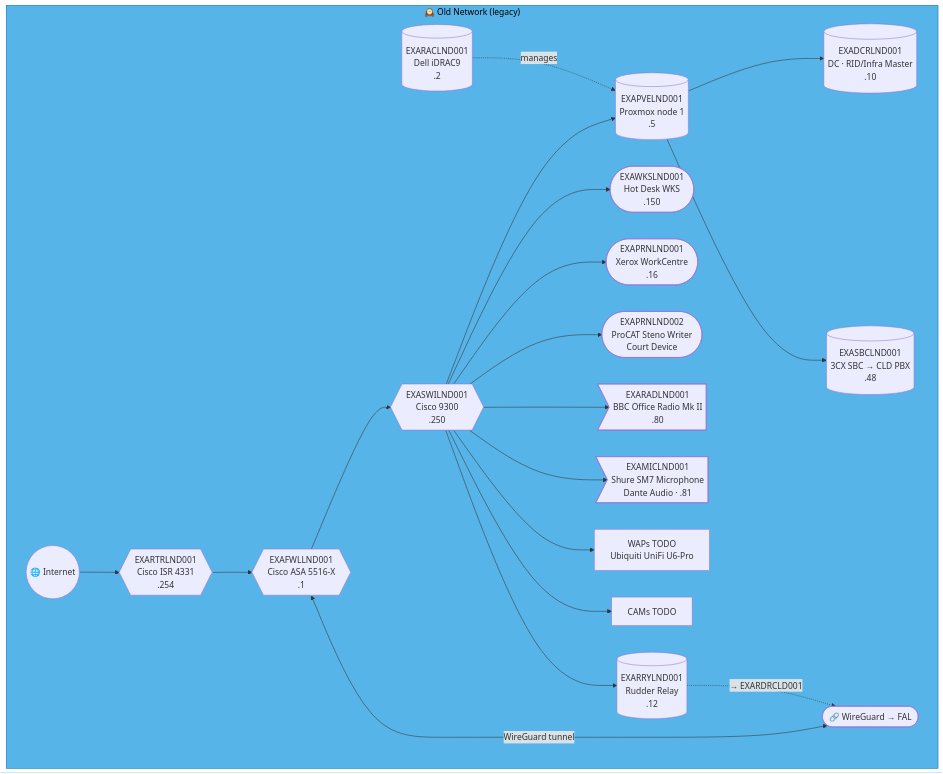
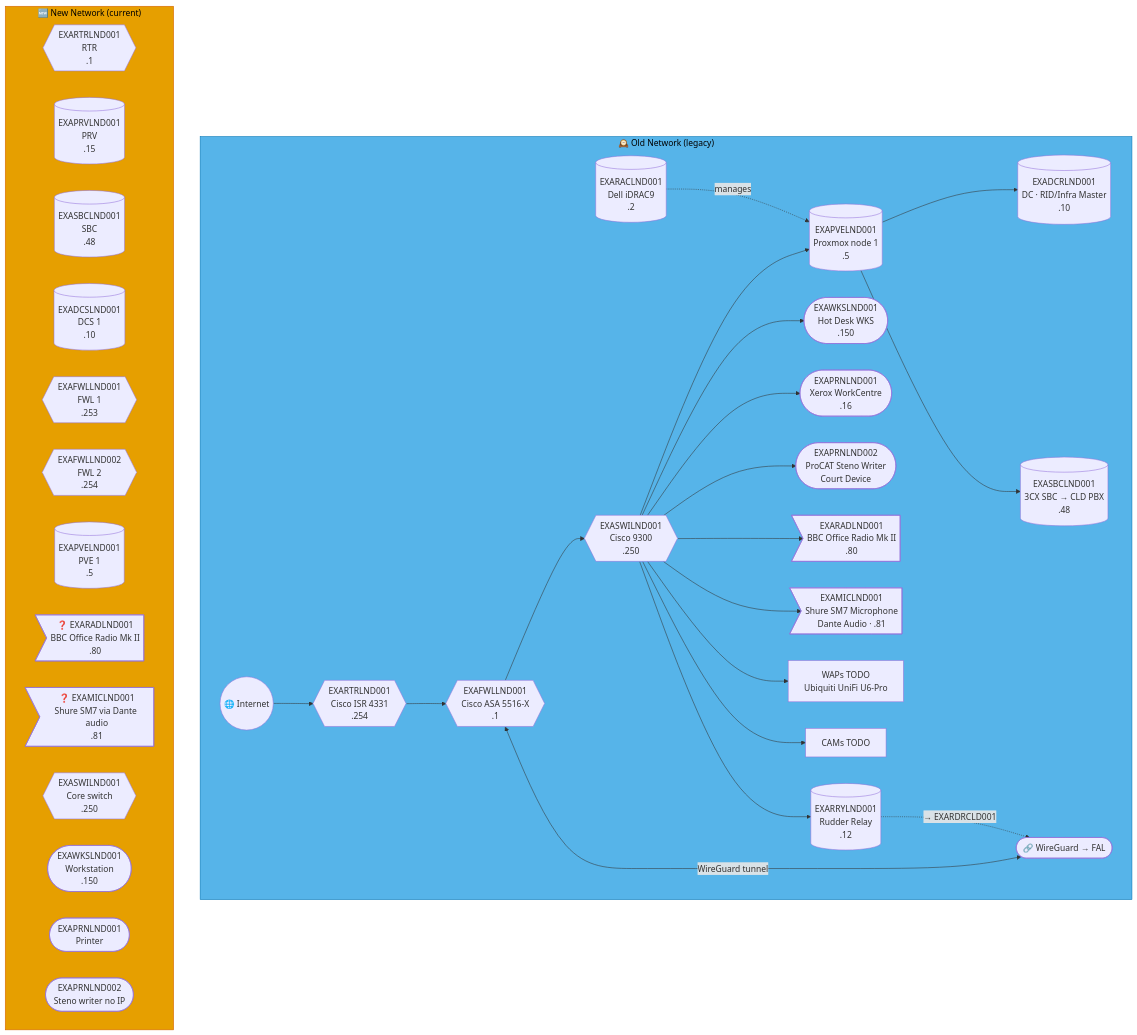
The ninth of 51 diagrams in docs/network-diagram.md (knightmare2600/example_music_infra), drawn with Mermaid before and after one commit. The commit also changed other lines of this file and 1 other file, not shown here.

````diff
--- a/docs/network-diagram.md
+++ b/docs/network-diagram.md
@@ -515,32 +703,50 @@
 ```mermaid
 graph TD
     subgraph OLD_LND ["🕰️ Old Network (legacy)"]
       INET(("🌐 Internet"))
       FWL{{"EXAFWLLND001<br/>Cisco ASA 5516-X<br/>.1"}}
       SW{{"EXASWILND001<br/>Cisco 9300<br/>.250"}}
       RTR{{"EXARTRLND001<br/>Cisco ISR 4331<br/>.254"}}
       RAC[("EXARACLND001<br/>Dell iDRAC9<br/>.2")]
       PVE[("EXAPVELND001<br/>Proxmox node 1<br/>.5")]
       DC[("EXADCRLND001<br/>DC · RID/Infra Master<br/>.10")]
       SBC[("EXASBCLND001<br/>3CX SBC → CLD PBX<br/>.48")]
       RRY[("EXARRYLND001<br/>Rudder Relay<br/>.12")]
       WKS(["EXAWKSLND001<br/>Hot Desk WKS<br/>.150"])
       PRN1(["EXAPRNLND001<br/>Xerox WorkCentre<br/>.16"])
       PRN2(["EXAPRNLND002<br/>ProCAT Steno Writer<br/>Court Device"])
       RAD>"EXARADLND001<br/>BBC Office Radio Mk II<br/>.80"]
       MIC>"EXAMICLND001<br/>Shure SM7 Microphone<br/>Dante Audio · .81"]
       WAP["WAPs TODO<br/>Ubiquiti UniFi U6-Pro"]
       CAM["CAMs TODO"]
       VPN(["🔗 WireGuard → FAL"])
 
       INET --> RTR --> FWL --> SW
       SW --> PVE --> DC & SBC
       RAC -.->|"manages"| PVE
       SW --> WKS & PRN1 & PRN2 & RAD & MIC & WAP & CAM
       FWL <-->|"WireGuard tunnel"| VPN
 
       SW --> RRY
       RRY -. "→ EXARDRCLD001" .-> VPN
     end
     style OLD_LND fill:#56B4E9,stroke:#0072B2,color:#000000
+    %% GENERATED:NEW-NETWORK:LND:START
+    subgraph NEW_LND ["🆕 New Network (current)"]
+      N_RTR{{"EXARTRLND001<br/>RTR<br/>.1"}}
+      N_PRV[("EXAPRVLND001<br/>PRV<br/>.15")]
+      N_SBC[("EXASBCLND001<br/>SBC<br/>.48")]
+      N_DCS[("EXADCSLND001<br/>DCS 1<br/>.10")]
+      N_FWL{{"EXAFWLLND001<br/>FWL 1<br/>.253"}}
+      N_FWL2{{"EXAFWLLND002<br/>FWL 2<br/>.254"}}
+      N_PVE[("EXAPVELND001<br/>PVE 1<br/>.5")]
+      N_RAD>"❓ EXARADLND001<br/>BBC Office Radio Mk II<br/>.80"]
+      N_MIC>"❓ EXAMICLND001<br/>Shure SM7 via Dante audio<br/>.81"]
+      N_SWI{{"EXASWILND001<br/>Core switch<br/>.250"}}
+      N_WKS(["EXAWKSLND001<br/>Workstation<br/>.150"])
+      N_PRN(["EXAPRNLND001<br/>Printer"])
+      N_PRN2(["EXAPRNLND002<br/>Steno writer no IP"])
+    end
+    style NEW_LND fill:#E69F00,stroke:#D55E00,color:#000000
+    %% GENERATED:NEW-NETWORK:LND:END
 ```
````
